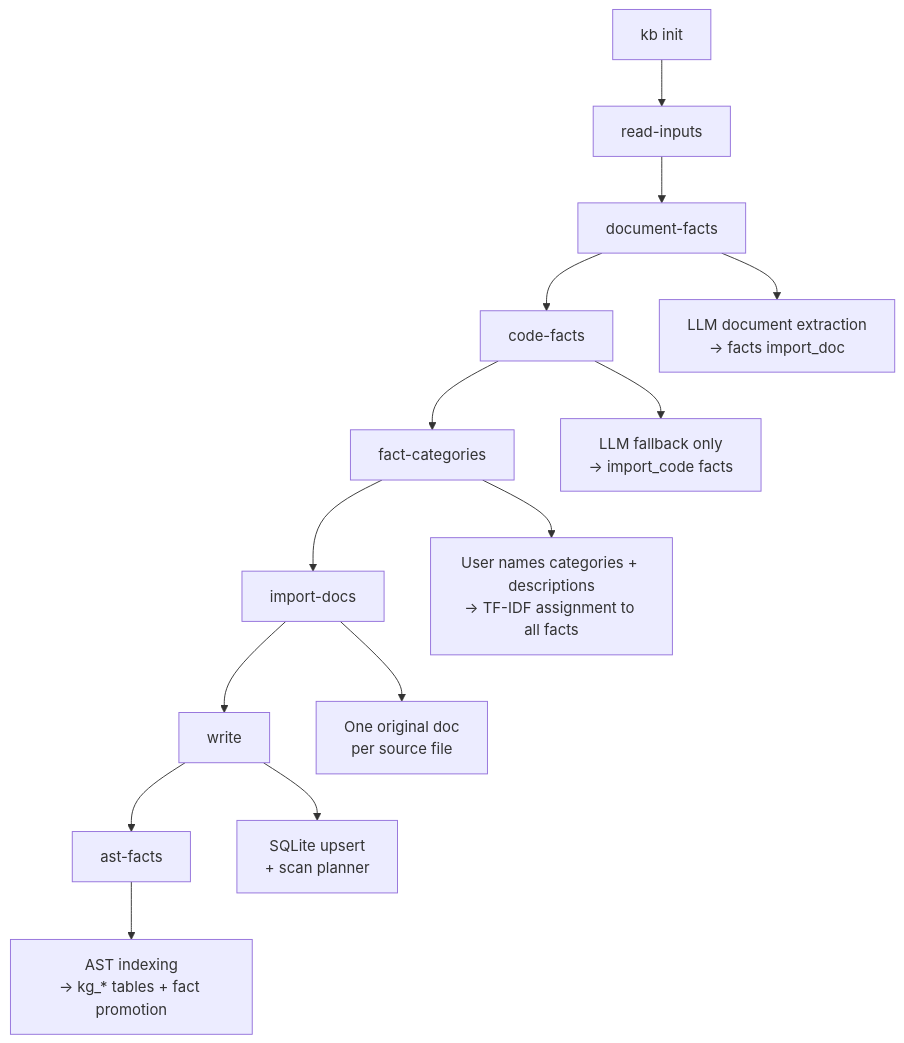
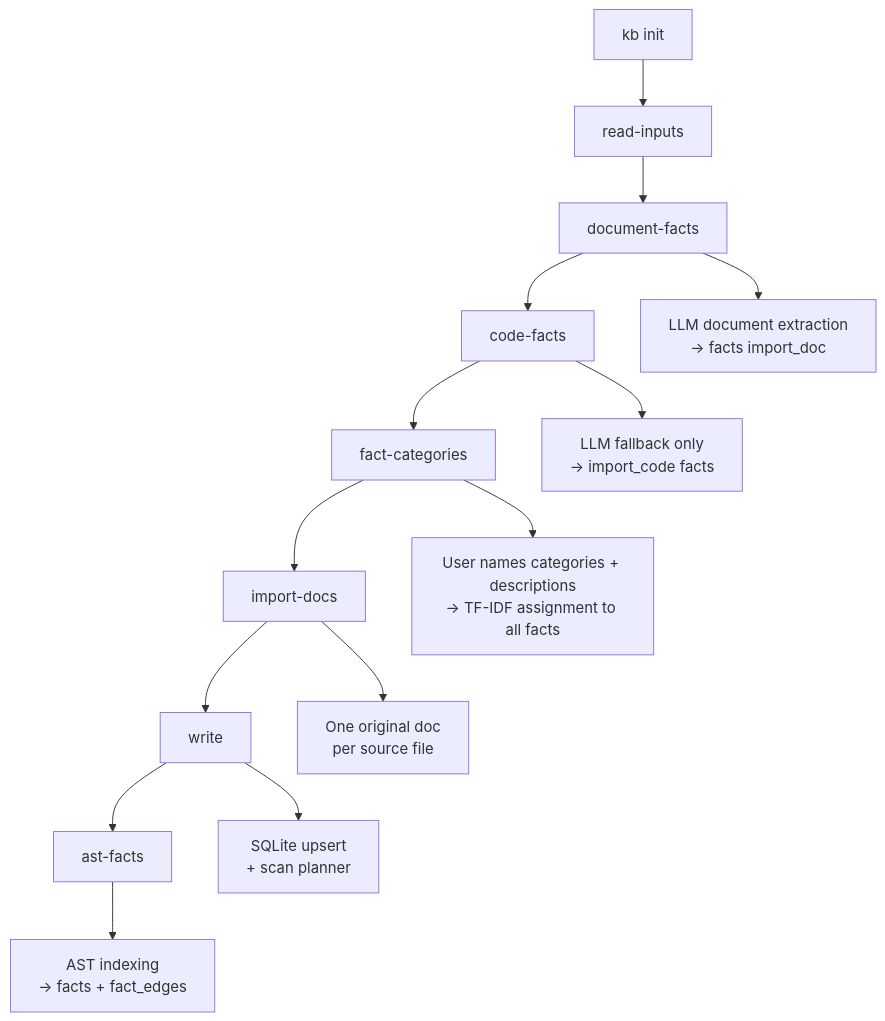
The second of 2 diagrams in docs/_original_docs/src-core-init.md (rosenjcb/kb), drawn with Mermaid before and after one commit. The commit also changed other lines of this file and 65 other files, not shown here.

````diff
--- a/docs/_original_docs/src-core-init.md
+++ b/docs/_original_docs/src-core-init.md
@@ -43,17 +43,17 @@
 ```mermaid
 flowchart TD
     A[kb init] --> R[read-inputs]
     R --> MF[document-facts]
     MF --> CF[code-facts]
     CF --> FC[fact-categories]
     FC --> IM[import-docs]
     IM --> W[write]
     W --> AF[ast-facts]
 
     MF --> MF1["LLM document extraction\n→ facts import_doc"]
     CF --> CF1["LLM fallback only\n→ import_code facts"]
     FC --> FC1["User names categories + descriptions\n→ TF-IDF assignment to all facts"]
     IM --> IM1["One original doc\nper source file"]
     W --> W1["SQLite upsert\n+ scan planner"]
-    AF --> AF1["AST indexing\n→ kg_* tables + fact promotion"]
+    AF --> AF1["AST indexing\n→ facts + fact_edges"]
 ```
````
